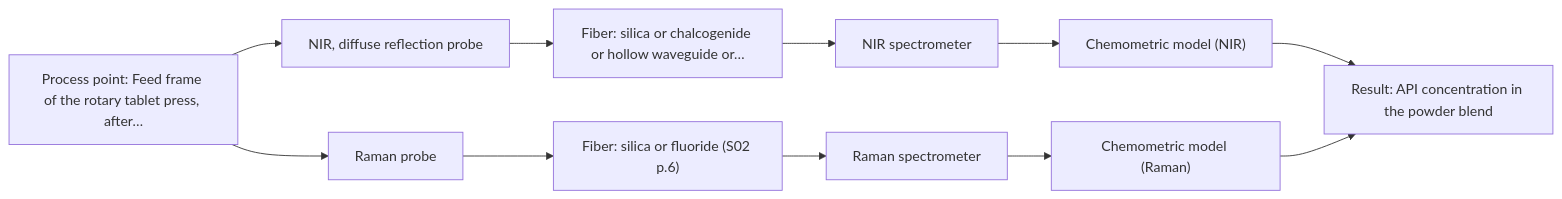
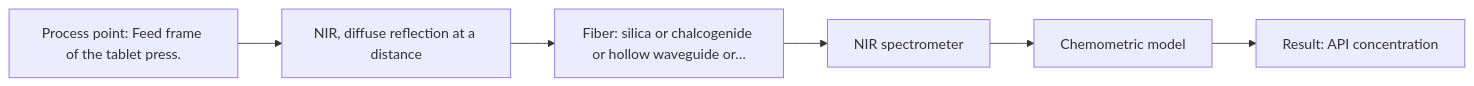
One commit to sleipnir029/Afs-Spectroscopy-Assistant changed the first of 2 diagrams in outputs/dev/D01.md. Above: the diagram before and after it, drawn with Mermaid. The commit also changed other lines of this file and 15 other files, not shown here.

Commit message:
Phase 4 dev outputs (--external=live, code f6538ee): 8/8 pass, 0 hard failures, 227/227 citations, replay 8/8 equal, 15/15 charts, 8/8 cost

````diff
--- a/outputs/dev/D01.md
+++ b/outputs/dev/D01.md
@@ -36,23 +38,14 @@
 ```mermaid
 flowchart LR
-    proc["Process point: Feed frame of the rotary tablet press, after…"]
-    probe1["NIR, diffuse reflection probe"]
+    proc["Process point: Feed frame of the tablet press."]
+    probe1["NIR, diffuse reflection at a distance"]
     fiber1["Fiber: silica or chalcogenide or hollow waveguide or…"]
     spec1["NIR spectrometer"]
-    model1["Chemometric model (NIR)"]
-    probe2["Raman probe"]
-    fiber2["Fiber: silica or fluoride (S02 p.6)"]
-    spec2["Raman spectrometer"]
-    model2["Chemometric model (Raman)"]
-    result["Result: API concentration in the powder blend"]
+    model["Chemometric model"]
+    result["Result: API concentration"]
     proc --> probe1
     probe1 --> fiber1
     fiber1 --> spec1
-    spec1 --> model1
-    proc --> probe2
-    probe2 --> fiber2
-    fiber2 --> spec2
-    spec2 --> model2
-    model1 --> result
-    model2 --> result
+    spec1 --> model
+    model --> result
 ```
````
